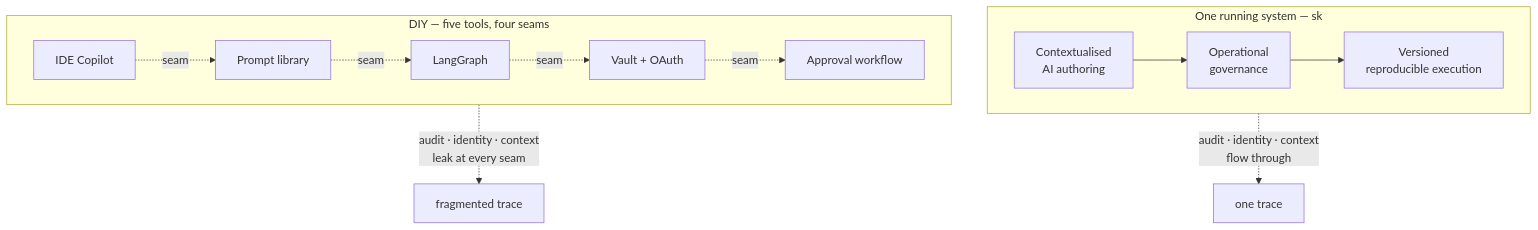
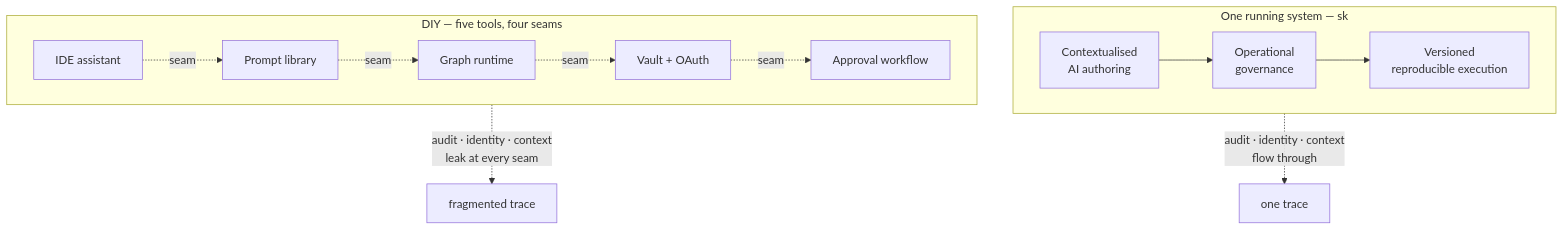
One commit to MikeBild/subkit changed the second of 4 diagrams in docs/positioning.md. Above: the diagram before and after it, drawn with Mermaid. The commit also changed other lines of this file and 412 other files, not shown here.

````diff
--- a/docs/positioning.md
+++ b/docs/positioning.md
@@ -61,17 +61,17 @@
 ```mermaid
 flowchart TB
     subgraph sk["One running system — sk"]
         A1["Contextualised<br/>AI authoring"]
         A2["Operational<br/>governance"]
         A3["Versioned<br/>reproducible execution"]
         A1 --> A2 --> A3
     end
     subgraph diy["DIY — five tools, four seams"]
-        B1["IDE Copilot"] -. seam .-> B2["Prompt library"]
-        B2 -. seam .-> B3["LangGraph"]
+        B1["IDE assistant"] -. seam .-> B2["Prompt library"]
+        B2 -. seam .-> B3["Graph runtime"]
         B3 -. seam .-> B4["Vault + OAuth"]
         B4 -. seam .-> B5["Approval workflow"]
     end
     sk -. "audit · identity · context<br/>flow through" .-> done["one trace"]
     diy -. "audit · identity · context<br/>leak at every seam" .-> lost["fragmented trace"]
 ```
````
